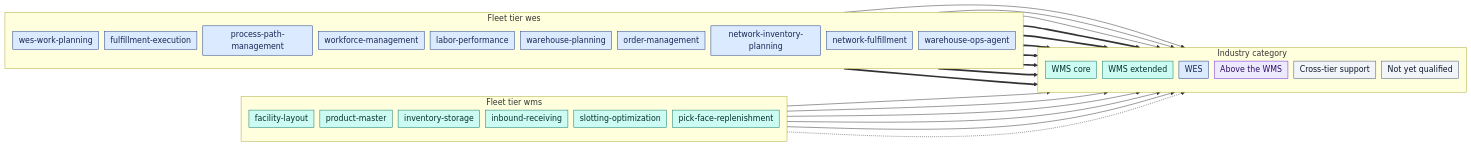
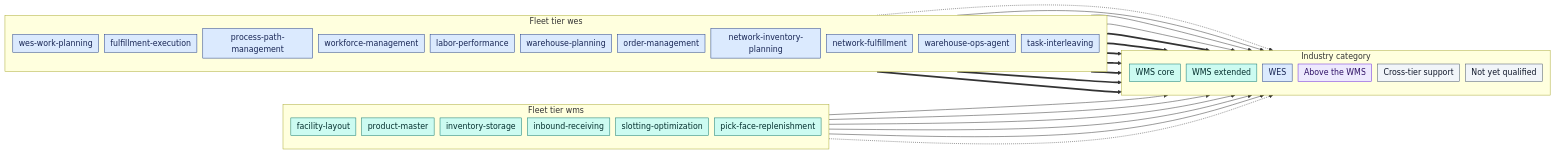
Before and after one commit to IQVO/warehouse-docs: the second of 3 diagrams in docs/wms-wes/qualification.md, drawn with Mermaid. The commit also changed other lines of this file and 32 other files, not shown here.

Commit message:
docs: recompute context counts for 17 contexts, flip pick-face-replenishment and task-interleaving edge statuses to what develop ships

````diff
--- a/docs/wms-wes/qualification.md
+++ b/docs/wms-wes/qualification.md
@@ -112,60 +114,62 @@
 ```mermaid
 %%{init: {"flowchart": {"nodeSpacing": 12, "rankSpacing": 30, "padding": 6}}}%%
 flowchart LR
     subgraph FWMS["Fleet tier wms"]
         direction TB
         FL["facility-layout"]
         PM["product-master"]
         INV["inventory-storage"]
         INB["inbound-receiving"]
         SO["slotting-optimization"]
         PFR["pick-face-replenishment"]
     end
     subgraph FWES["Fleet tier wes"]
         direction TB
         WWP["wes-work-planning"]
         FE["fulfillment-execution"]
         PPM["process-path-management"]
         WFM["workforce-management"]
         LP["labor-performance"]
         WPL["warehouse-planning"]
         OM["order-management"]
         NIP["network-inventory-planning"]
         NF["network-fulfillment"]
         OA["warehouse-ops-agent"]
+        TI["task-interleaving"]
     end
     subgraph IND["Industry category"]
         direction TB
         C1["WMS core"]
         C2["WMS extended"]
         C3["WES"]
         C4["Above the WMS"]
         C5["Cross-tier support"]
         C6["Not yet qualified"]
     end
     FL --> C1
     PM --> C1
     INV --> C1
     INB --> C1
     SO --> C2
     PFR -.-> C6
+    TI -.-> C6
     WWP --> C3
     FE --> C3
     PPM --> C3
     WFM ==> C2
     LP ==> C2
     WPL ==> C4
     OM ==> C4
     NIP ==> C4
     NF ==> C4
     OA ==> C5
 
     classDef wms fill:#ccfbf1,stroke:#0f766e,color:#042f2e
     classDef wes fill:#dbeafe,stroke:#1e3a8a,color:#172554
     classDef above fill:#ede9fe,stroke:#6d28d9,color:#2e1065
     classDef other fill:#f1f5f9,stroke:#475569,color:#0f172a
     class FL,PM,INV,INB,SO,PFR,C1,C2 wms
-    class WWP,FE,PPM,WFM,LP,WPL,OM,NIP,NF,OA,C3 wes
+    class WWP,FE,PPM,WFM,LP,WPL,OM,NIP,NF,OA,TI,C3 wes
     class C4 above
     class C5,C6 other
 ```
````
